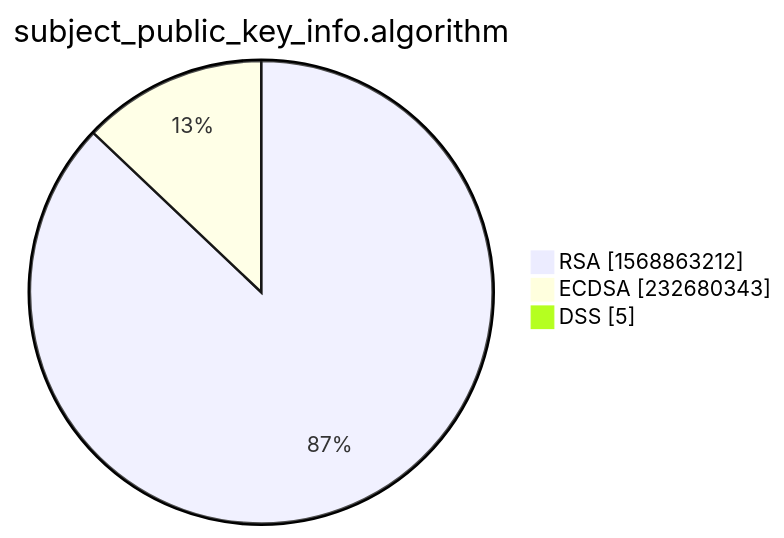
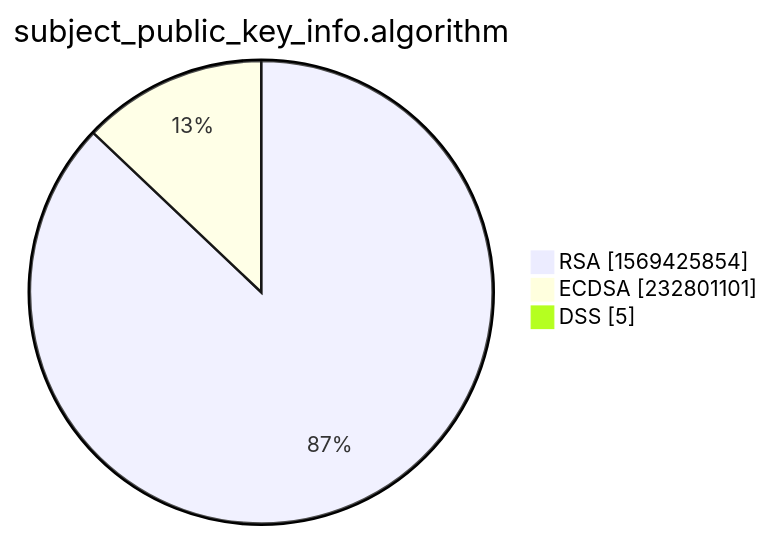
One commit to christiankrug/ctmonitor_visualization changed the third of 15 diagrams in xenon2022/README.md. Above: the diagram before and after it, drawn with Mermaid. The commit also changed other lines of this file, not shown here.

````diff
--- a/xenon2022/README.md
+++ b/xenon2022/README.md
@@ -14,7 +14,7 @@
 ```mermaid
 pie showData
 title subject_public_key_info.algorithm
-"RSA" :1568863212
-"ECDSA" :232680343
+"RSA" :1569425854
+"ECDSA" :232801101
 "DSS" :5
 ```
````
